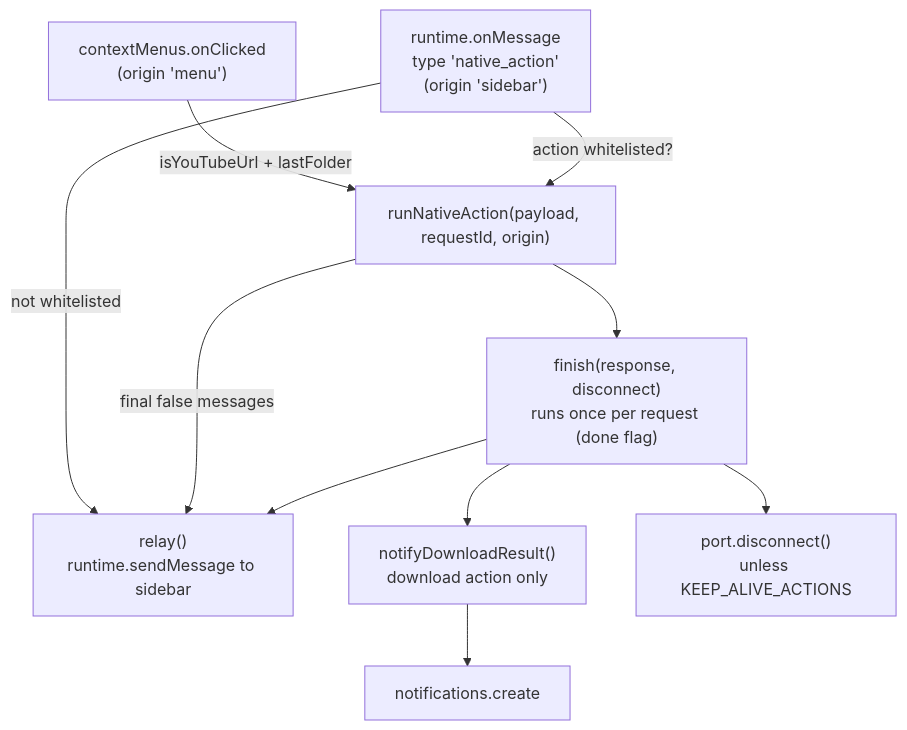
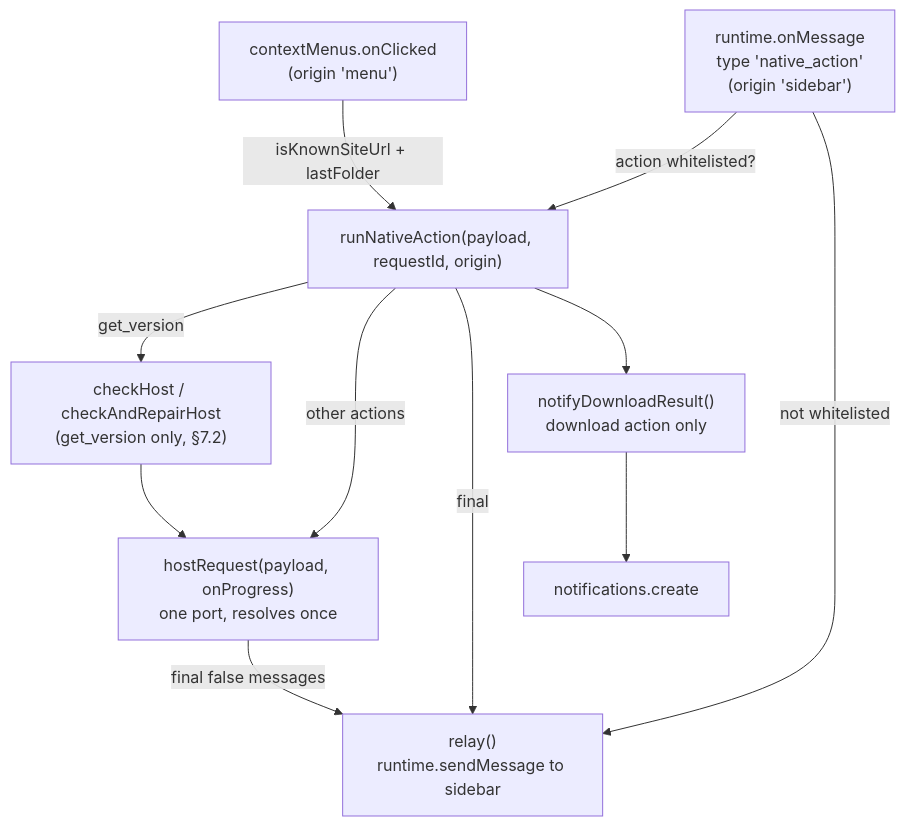
Before and after one commit to martin-iflap/YT-MP3-Downloader: the fifth of 22 diagrams in ARCHITECTURE.md, drawn with Mermaid. The commit also changed other lines of this file and 20 other files, not shown here.

````diff
--- a/ARCHITECTURE.md
+++ b/ARCHITECTURE.md
@@ -269,20 +334,20 @@
 ```mermaid
 flowchart TB
     CMC["contextMenus.onClicked<br/>(origin 'menu')"]
     ROM["runtime.onMessage<br/>type 'native_action'<br/>(origin 'sidebar')"]
     RNA["runNativeAction(payload, requestId, origin)"]
-    FIN["finish(response, disconnect)<br/>runs once per request (done flag)"]
+    CH["checkHost / checkAndRepairHost<br/>(get_version only, §7.2)"]
+    HR["hostRequest(payload, onProgress)<br/>one port, resolves once"]
     REL["relay()<br/>runtime.sendMessage to sidebar"]
     NDR["notifyDownloadResult()<br/>download action only"]
     NOT["notifications.create"]
-    DIS["port.disconnect()<br/>unless KEEP_ALIVE_ACTIONS"]
 
-    CMC -- "isYouTubeUrl + lastFolder" --> RNA
+    CMC -- "isKnownSiteUrl + lastFolder" --> RNA
     ROM -- "action whitelisted?" --> RNA
     ROM -- "not whitelisted" --> REL
-    RNA --> FIN
-    RNA -- "final false messages" --> REL
-    FIN --> REL
-    FIN --> NDR --> NOT
-    FIN --> DIS
+    RNA -- "get_version" --> CH --> HR
+    RNA -- "other actions" --> HR
+    HR -- "final false messages" --> REL
+    RNA -- "final" --> REL
+    RNA --> NDR --> NOT
 ```
````
